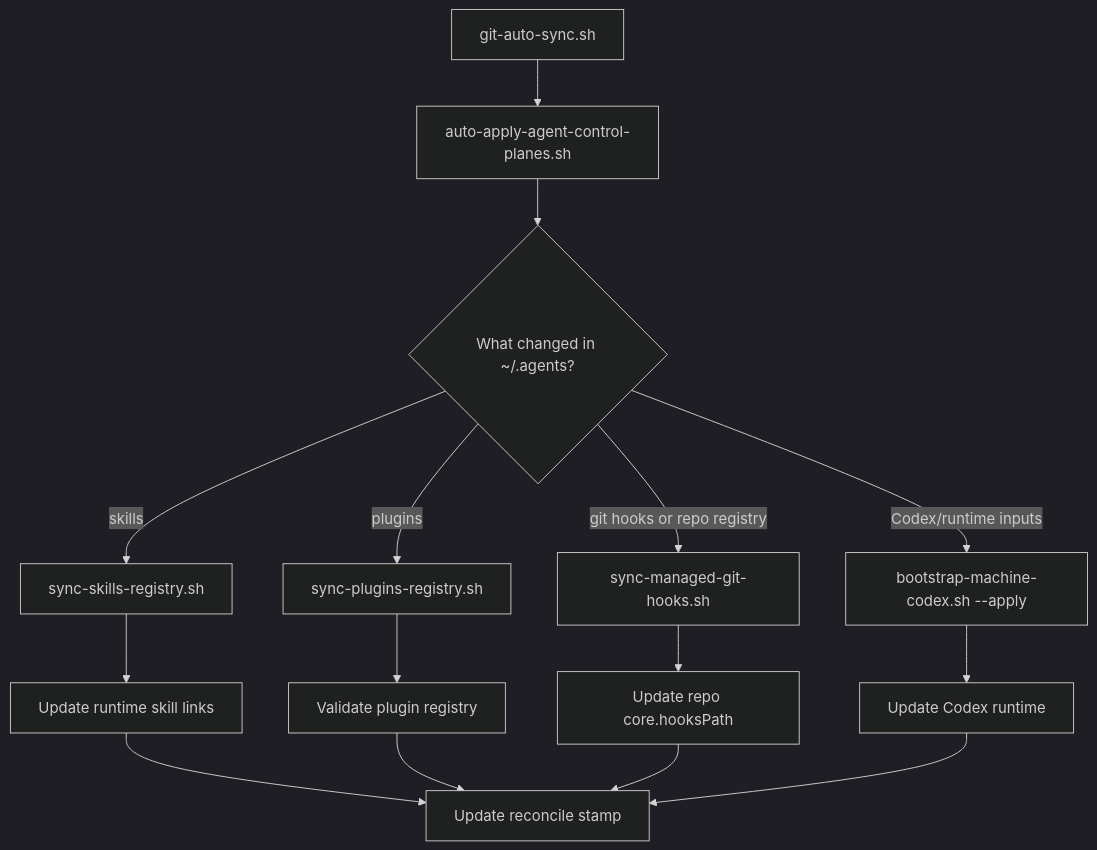
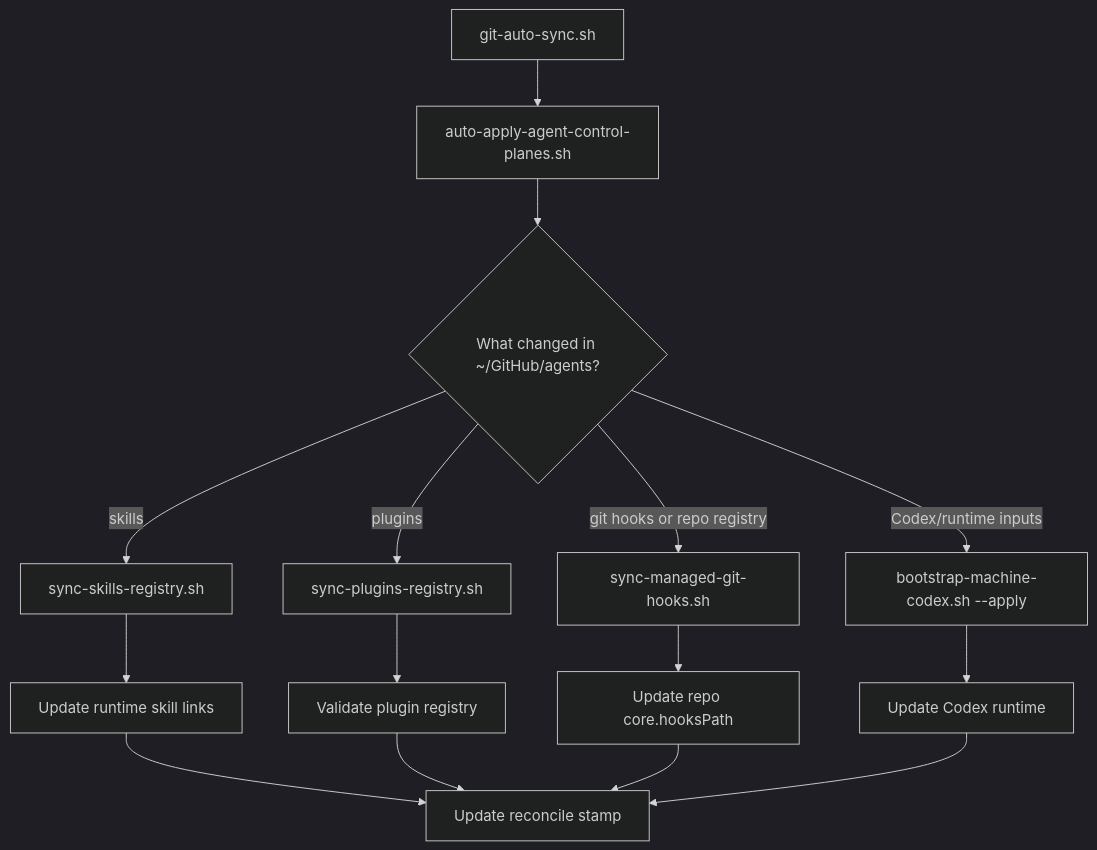
One commit to wisdom-in-a-nutshell/.agents changed the second of 5 diagrams in docs/architecture/codex-control-plane-script-flows.md. Above: the diagram before and after it, drawn with Mermaid (dark theme). The commit also changed other lines of this file and 109 other files, not shown here.

````diff
--- a/docs/architecture/codex-control-plane-script-flows.md
+++ b/docs/architecture/codex-control-plane-script-flows.md
@@ -41,17 +41,17 @@
 ```mermaid
 flowchart TD
     A["git-auto-sync.sh"] --> B["auto-apply-agent-control-planes.sh"]
-    B --> C{"What changed in ~/.agents?"}
+    B --> C{"What changed in ~/GitHub/agents?"}
     C -->|"skills"| D["sync-skills-registry.sh"]
     C -->|"plugins"| E["sync-plugins-registry.sh"]
     C -->|"git hooks or repo registry"| F["sync-managed-git-hooks.sh"]
     C -->|"Codex/runtime inputs"| G["bootstrap-machine-codex.sh --apply"]
     D --> H["Update runtime skill links"]
     E --> I["Validate plugin registry"]
     F --> J["Update repo core.hooksPath"]
     G --> K["Update Codex runtime"]
     H --> L["Update reconcile stamp"]
     I --> L
     J --> L
     K --> L
 ```
````
